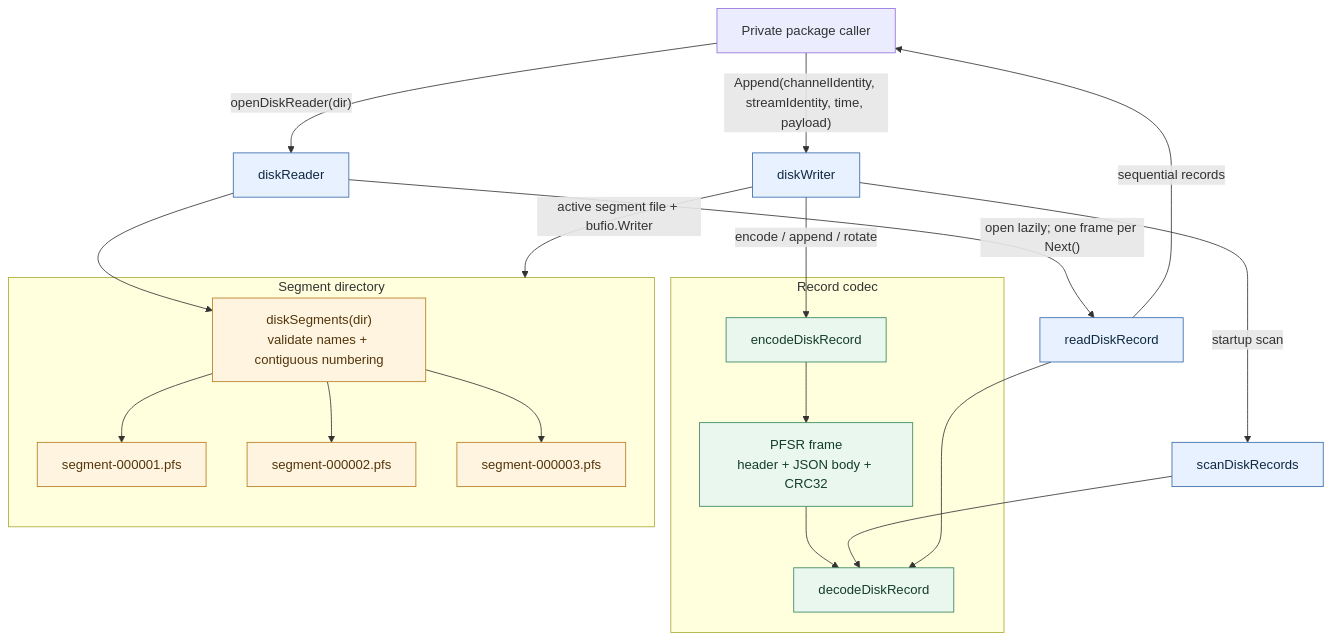
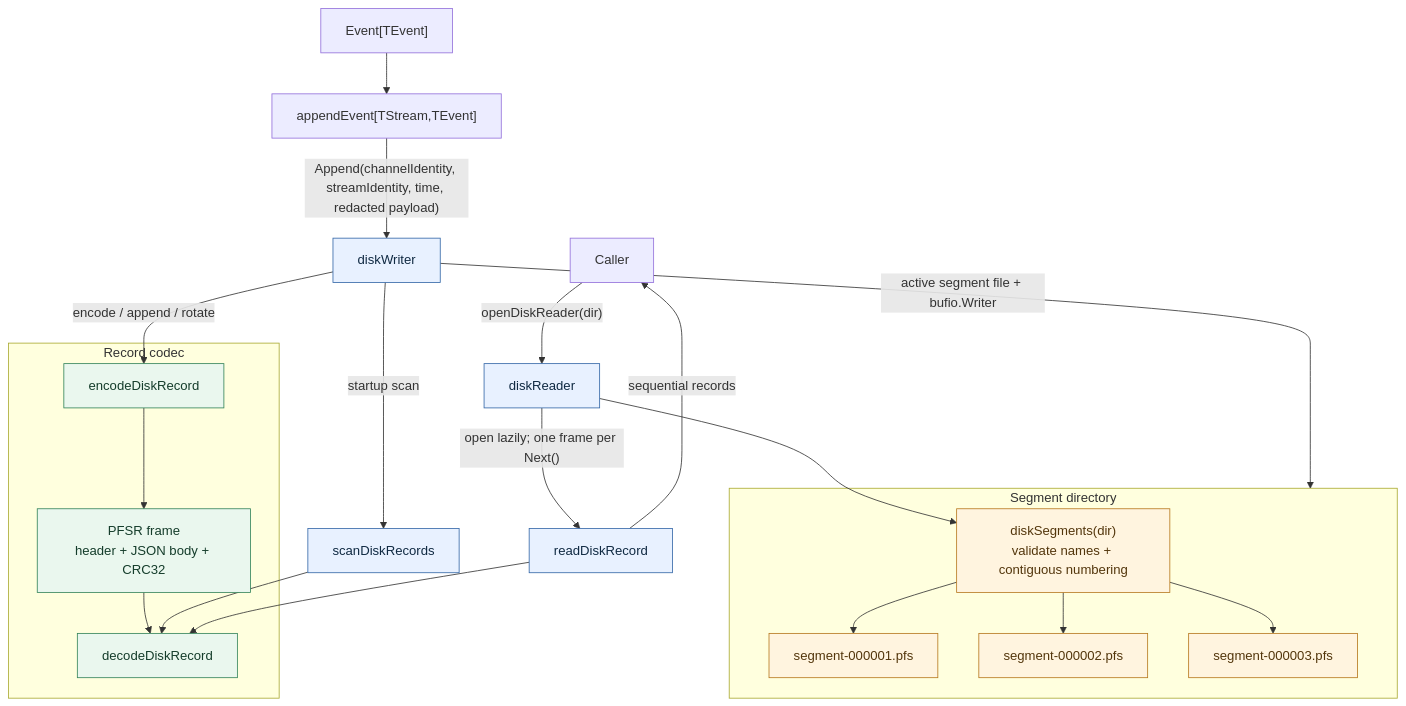
The first of 8 diagrams in docs/storage_disk.md (gunesis-game/pulsyflux-stream), drawn with Mermaid before and after one commit. The commit also changed other lines of this file, not shown here.

Commit message:
docs: describe typed event persistence adapter

````diff
--- a/docs/storage_disk.md
+++ b/docs/storage_disk.md
@@ -23,40 +23,41 @@
 ```mermaid
 flowchart TB
-    Caller["Private package caller"] -->|"Append(channelIdentity, streamIdentity, time, payload)"| Writer["diskWriter"]
+    TypedEvent["Event[TEvent]"] --> Adapter["appendEvent[TStream,TEvent]"]
+    Adapter -->|"Append(channelIdentity, streamIdentity, time, redacted payload)"| Writer["diskWriter"]
     Caller -->|"openDiskReader(dir)"| Reader["diskReader"]
 
     subgraph Codec["Record codec"]
       Encode["encodeDiskRecord"]
       Decode["decodeDiskRecord"]
       Frame["PFSR frame<br/>header + JSON body + CRC32"]
       Encode --> Frame
       Frame --> Decode
     end
 
     subgraph Filesystem["Segment directory"]
       Segments["diskSegments(dir)<br/>validate names + contiguous numbering"]
       S1["segment-000001.pfs"]
       S2["segment-000002.pfs"]
       S3["segment-000003.pfs"]
       Segments --> S1
       Segments --> S2
       Segments --> S3
     end
 
     Writer -->|"encode / append / rotate"| Encode
     Writer -->|"startup scan"| Scanner["scanDiskRecords"]
     Scanner --> Decode
     Writer -->|"active segment file + bufio.Writer"| Filesystem
 
     Reader --> Segments
     Reader -->|"open lazily; one frame per Next()"| ReadFrame["readDiskRecord"]
     ReadFrame --> Decode
     ReadFrame -->|"sequential records"| Caller
 
     classDef io fill:#e8f1ff,stroke:#3568a8,color:#102a43
     classDef codec fill:#eaf7ee,stroke:#34845a,color:#153d2b
     classDef disk fill:#fff4df,stroke:#b7791f,color:#53360c
     class Writer,Reader,Scanner,ReadFrame io
     class Encode,Decode,Frame codec
     class Segments,S1,S2,S3 disk
 ```
````
